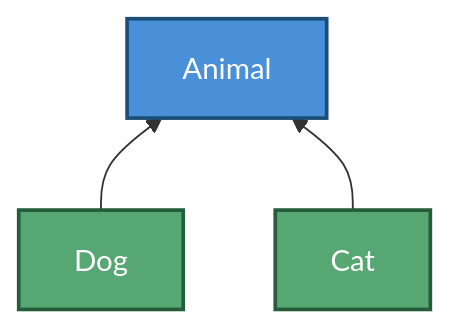
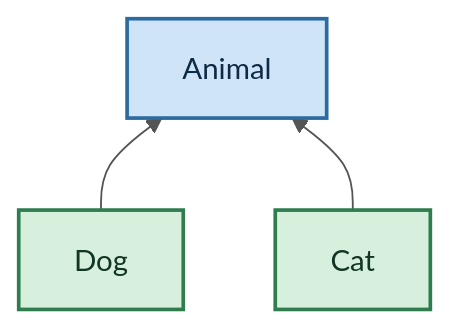
Before and after one commit to Analyst-Ninja/courses: the third of 5 diagrams in LearnJava/src/oops/README.md, drawn with Mermaid. The commit also changed other lines of this file, not shown here.

Commit message:
Change the background to light for mermaid diagrams

````diff
--- a/LearnJava/src/oops/README.md
+++ b/LearnJava/src/oops/README.md
@@ -44,9 +46,10 @@
      ```mermaid
+     %%{init: {'theme':'base','themeVariables':{'background':'#ffffff','primaryColor':'#ffffff','primaryTextColor':'#111111','lineColor':'#555555','textColor':'#111111'}}}%%
      graph BT
        Dog --> Animal
        Cat --> Animal
-       classDef parent fill:#4a90d9,stroke:#1b4d75,stroke-width:2px,color:#fff
-       classDef child fill:#57a773,stroke:#255c3a,stroke-width:2px,color:#fff
+       classDef parent fill:#cfe4f7,stroke:#2c6ba0,stroke-width:2px,color:#0d2b45
+       classDef child fill:#d6f0dd,stroke:#2f7d4f,stroke-width:2px,color:#123524
        class Animal parent
        class Dog,Cat child
      ```
````
